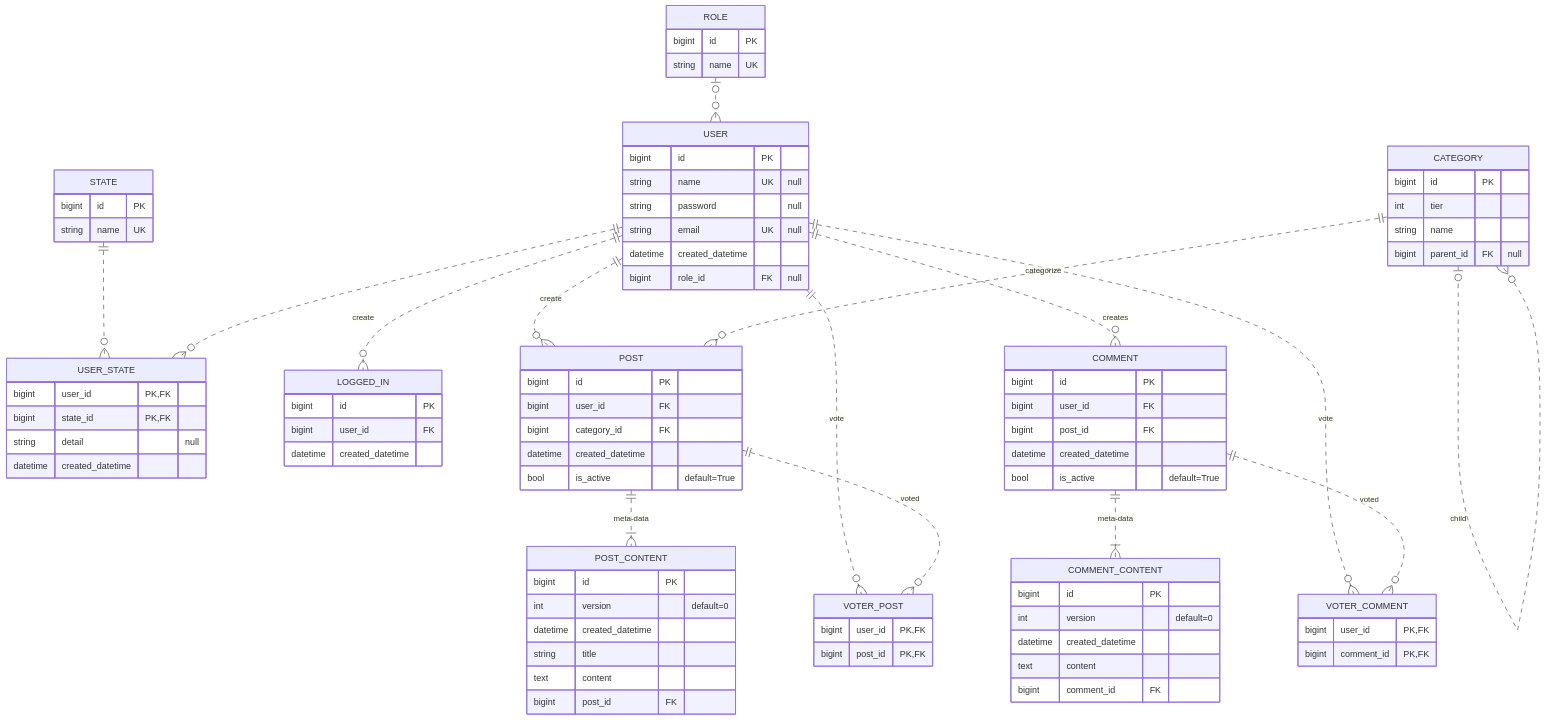
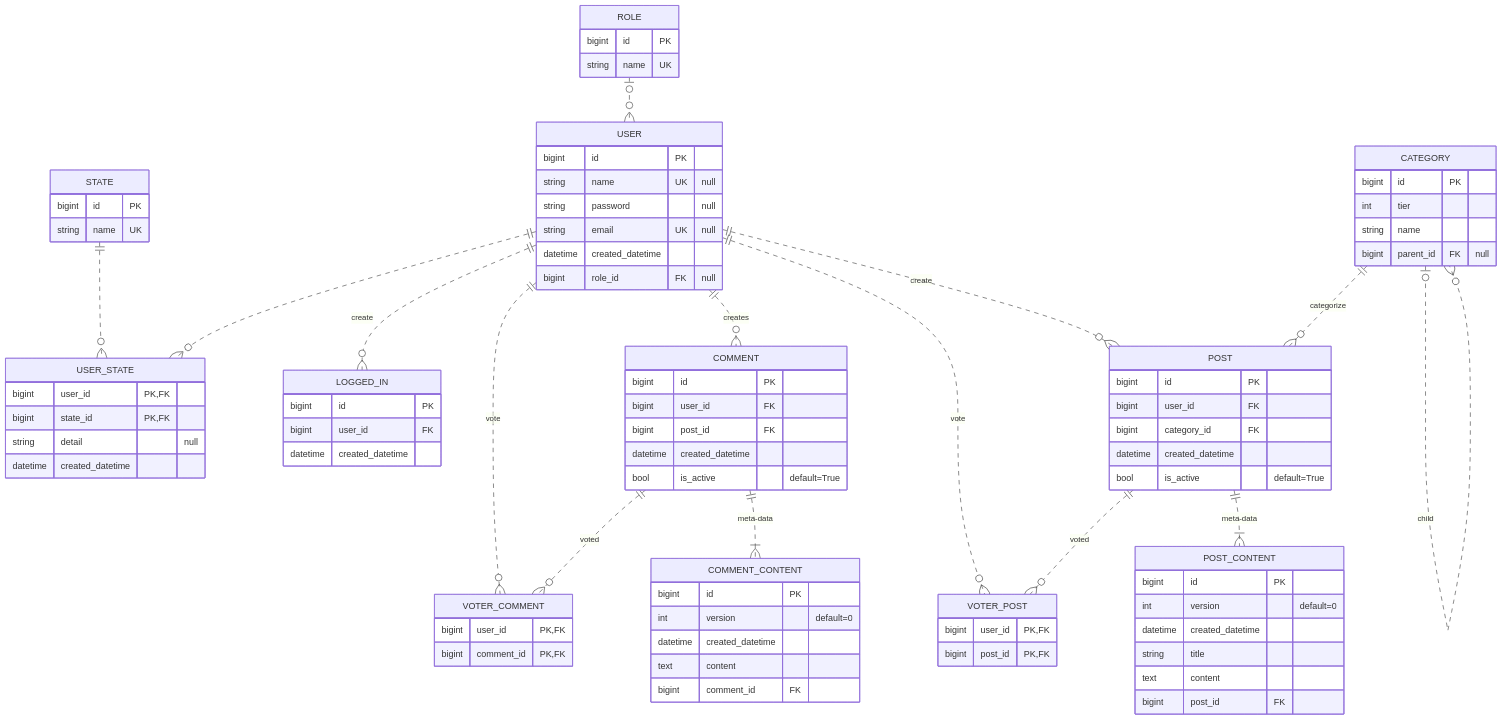
One commit to djccnt15/djccnt15.github.io changed the first of 2 diagrams in docs/portfolio/fastapi-board.md. Above: the diagram before and after it, drawn with Mermaid. The commit also changed other lines of this file, not shown here.

Commit message:
update fastapi-board page update ERD

````diff
--- a/docs/portfolio/fastapi-board.md
+++ b/docs/portfolio/fastapi-board.md
@@ -214,12 +214,44 @@
         datetime    created_datetime
     }
 
+    USER ||..o{ VOTER_COMMENT : vote
+    COMMENT ||..o{ VOTER_COMMENT : voted
+    VOTER_COMMENT {
+        bigint user_id      PK, FK
+        bigint comment_id   PK, FK
+    }
+
+    USER ||..o{ COMMENT : creates
+    COMMENT {
+        bigint      id                  PK
+        bigint      user_id             FK
+        bigint      post_id             FK
+        datetime    created_datetime
+        bool        is_active               "default=True"
+    }
+
+    COMMENT ||..|{ COMMENT_CONTENT : meta-data
+    COMMENT_CONTENT {
+        bigint id PK
+        int version "default=0"
+        datetime created_datetime
+        text content
+        bigint comment_id FK
+    }
+
     CATEGORY |o..o{ CATEGORY : child
     CATEGORY {
         bigint      id          PK
         int         tier
         string      name
         bigint      parent_id   FK  "null"
+    }
+
+    USER ||..o{ VOTER_POST : vote
+    POST ||..o{ VOTER_POST : voted
+    VOTER_POST {
+        bigint user_id PK, FK
+        bigint post_id PK, FK
     }
 
     USER ||..o{ POST : create
@@ -241,36 +273,4 @@
         text        content
         bigint      post_id             FK
     }
-
-    USER ||..o{ VOTER_POST : vote
-    POST ||..o{ VOTER_POST : voted
-    VOTER_POST {
-        bigint user_id PK, FK
-        bigint post_id PK, FK
-    }
-
-    USER ||..o{ COMMENT : creates
-    COMMENT {
-        bigint      id                  PK
-        bigint      user_id             FK
-        bigint      post_id             FK
-        datetime    created_datetime
-        bool        is_active               "default=True"
-    }
-
-    COMMENT ||..|{ COMMENT_CONTENT : meta-data
-    COMMENT_CONTENT {
-        bigint id PK
-        int version "default=0"
-        datetime created_datetime
-        text content
-        bigint comment_id FK
-    }
-
-    USER ||..o{ VOTER_COMMENT : vote
-    COMMENT ||..o{ VOTER_COMMENT : voted
-    VOTER_COMMENT {
-        bigint user_id      PK, FK
-        bigint comment_id   PK, FK
-    }
 ```
````
